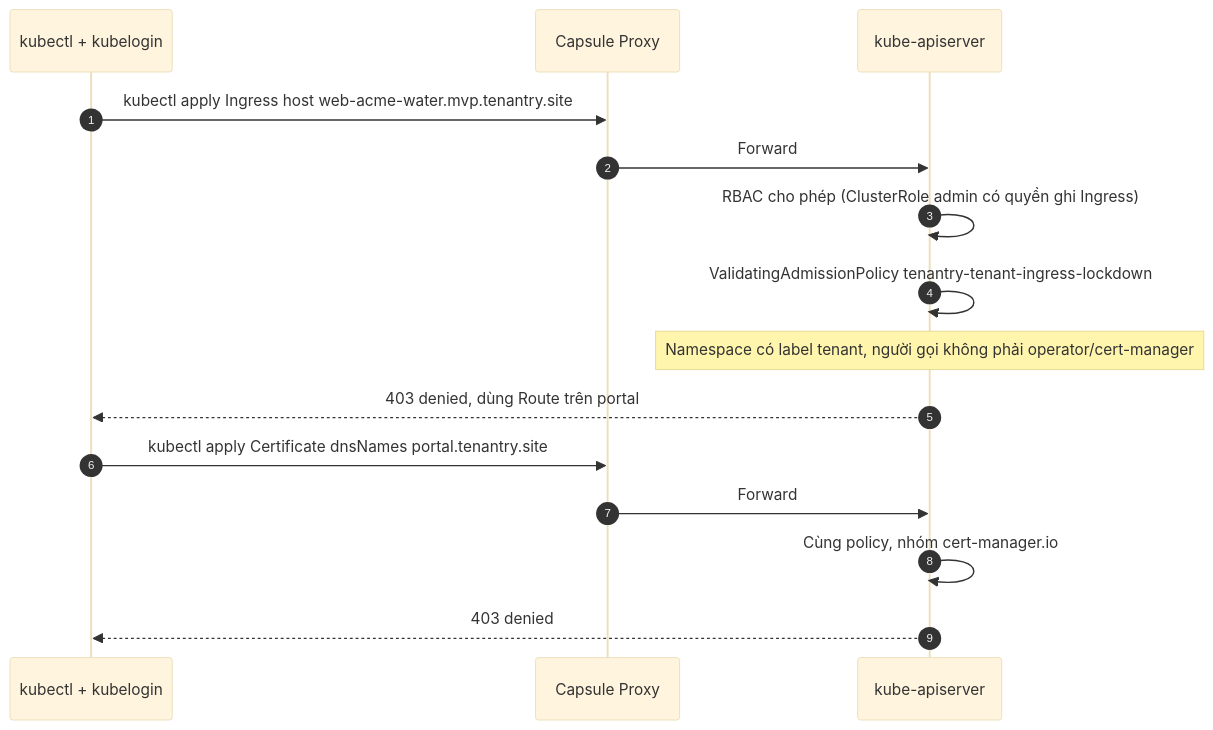
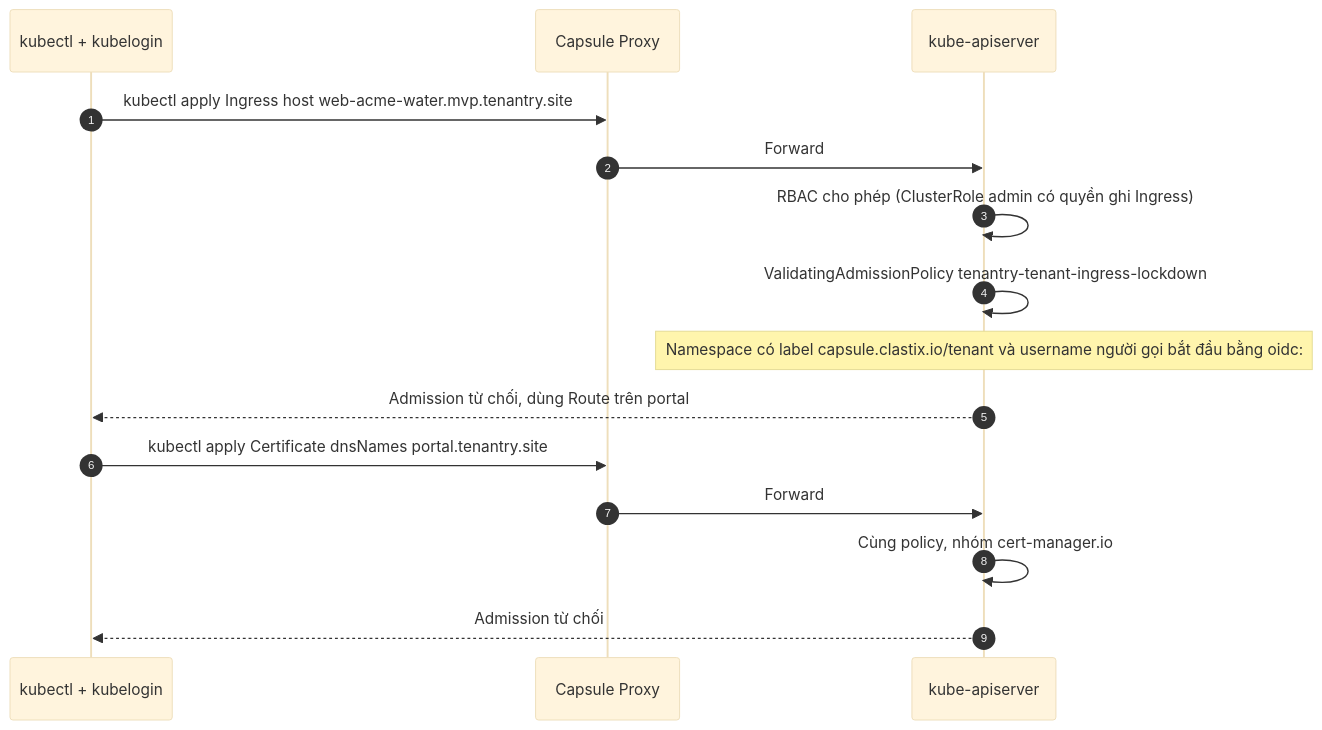
Diagram 14 of 19 in docs/architecture/03-flows.md (thaihoc1310/tenantry), drawn with Mermaid (base theme) before and after one commit. The commit also changed other lines of this file and 14 other files, not shown here.

Commit message:
docs: full review of M0-M12 with org slugs without hyphens, one shared quota per Workspace, tenant RoleBinding and network admission policies, kube-proxy local detection by interface, in-app ownership transfer, missing endpoints, and demo numbers that fit the lab

````diff
--- a/docs/architecture/03-flows.md
+++ b/docs/architecture/03-flows.md
@@ -856,18 +928,18 @@
 ```mermaid
 sequenceDiagram
   autonumber
   participant KL as kubectl + kubelogin
   participant PROXY as Capsule Proxy
   participant K8S as kube-apiserver
 
   KL->>PROXY: kubectl apply Ingress host web-acme-water.mvp.tenantry.site
   PROXY->>K8S: Forward
   K8S->>K8S: RBAC cho phép (ClusterRole admin có quyền ghi Ingress)
   K8S->>K8S: ValidatingAdmissionPolicy tenantry-tenant-ingress-lockdown
-  Note over K8S: Namespace có label tenant, người gọi không phải operator/cert-manager
-  K8S-->>KL: 403 denied, dùng Route trên portal
+  Note over K8S: Namespace có label capsule.clastix.io/tenant và username người gọi bắt đầu bằng oidc:
+  K8S-->>KL: Admission từ chối, dùng Route trên portal
   KL->>PROXY: kubectl apply Certificate dnsNames portal.tenantry.site
   PROXY->>K8S: Forward
   K8S->>K8S: Cùng policy, nhóm cert-manager.io
-  K8S-->>KL: 403 denied
+  K8S-->>KL: Admission từ chối
 ```
````
